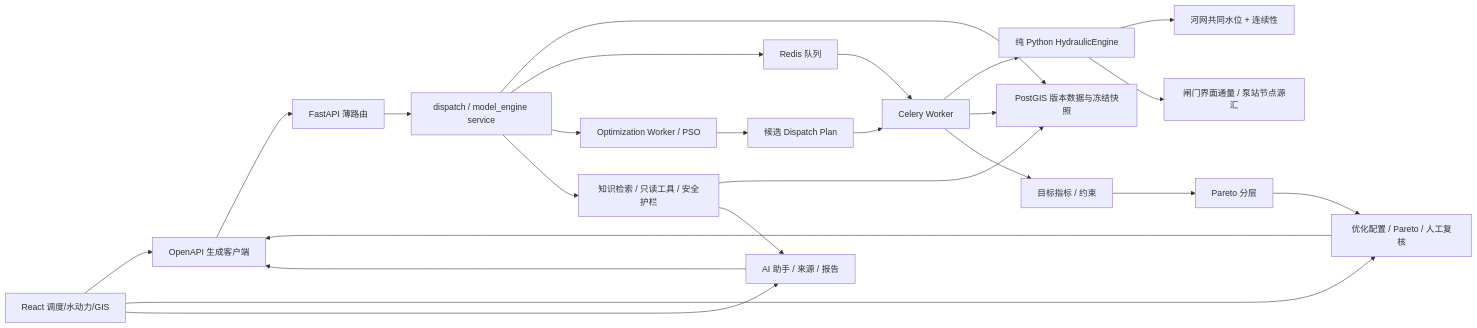
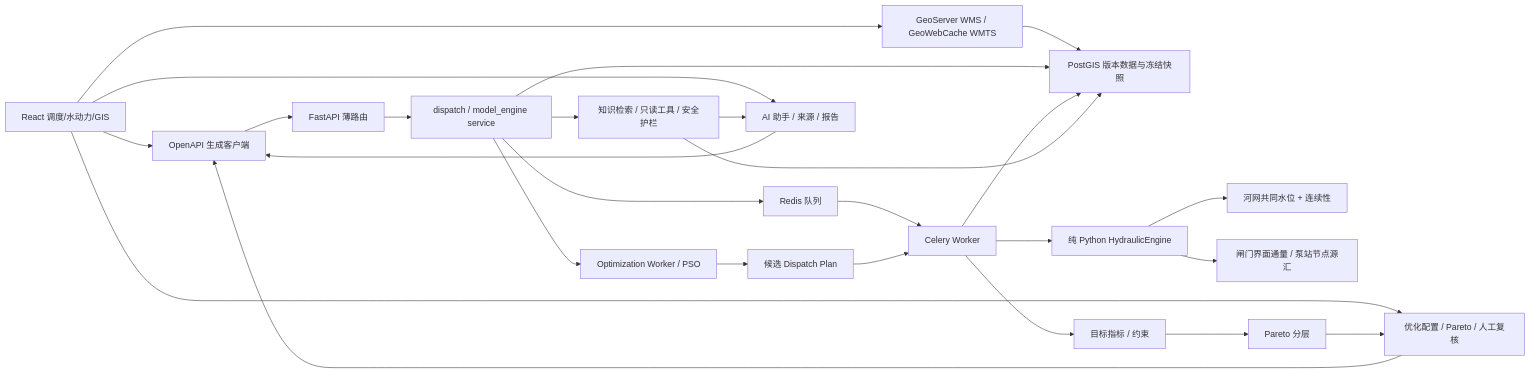
The diagram in docs/architecture.md (zj1310426307-stack/dayu-tiangong), drawn with Mermaid before and after one commit. The commit also changed other lines of this file and 29 other files, not shown here.

Commit message:
Add Phase 1A GeoServer spatial services

````diff
--- a/docs/architecture.md
+++ b/docs/architecture.md
@@ -5,26 +5,28 @@
 ```mermaid
 flowchart LR
   UI["React 调度/水动力/GIS"] --> C["OpenAPI 生成客户端"]
+  UI --> GS["GeoServer WMS / GeoWebCache WMTS"]
+  GS --> P
   C --> R["FastAPI 薄路由"]
   R --> S["dispatch / model_engine service"]
   S --> P["PostGIS 版本数据与冻结快照"]
   S --> Q["Redis 队列"]
   Q --> W["Celery Worker"]
   W --> E["纯 Python HydraulicEngine"]
   E --> N["河网共同水位 + 连续性"]
   E --> GP["闸门界面通量 / 泵站节点源汇"]
   W --> P
   UI --> O["优化配置 / Pareto / 人工复核"]
   O --> C
   S --> OW["Optimization Worker / PSO"]
   OW --> T["候选 Dispatch Plan"]
   T --> W
   W --> M["目标指标 / 约束"]
   M --> PF["Pareto 分层"]
   PF --> O
   UI --> AI["AI 助手 / 来源 / 报告"]
   AI --> C
   S --> RAG["知识检索 / 只读工具 / 安全护栏"]
   RAG --> P
   RAG --> AI
 ```
````
